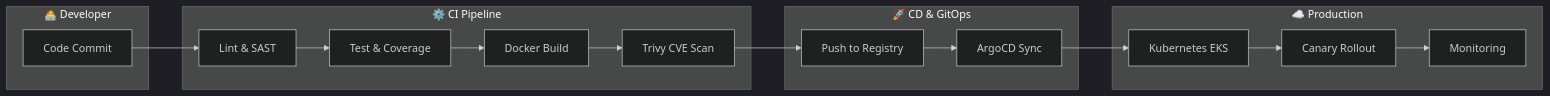
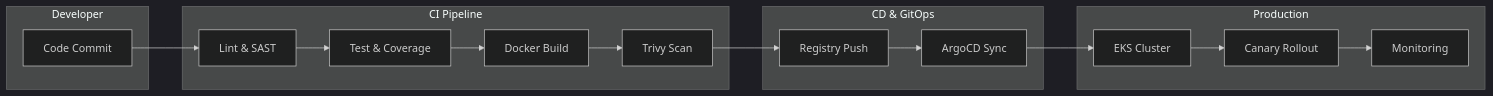
The first of 7 diagrams in README.md (Garvit7878/DevOps-Capstone-Project-), drawn with Mermaid (dark theme) before and after one commit. The commit also changed other lines of this file, not shown here.

Commit message:
Clean up Mermaid diagrams for better rendering

````diff
--- a/README.md
+++ b/README.md
@@ -52,24 +52,22 @@
 ```mermaid
 flowchart LR
-    subgraph DEV["🧑‍💻 Developer"]
-        A[Code Commit]
+    subgraph DEV["Developer"]
+        A["Code Commit"]
     end
 
-    subgraph CI["⚙️ CI Pipeline"]
-        B[Lint & SAST] --> C[Test & Coverage] --> D[Docker Build] --> E[Trivy CVE Scan]
+    subgraph CI["CI Pipeline"]
+        B["Lint & SAST"] --> C["Test & Coverage"] --> D["Docker Build"] --> E["Trivy Scan"]
     end
 
-    subgraph CD["🚀 CD & GitOps"]
-        F[Push to Registry] --> G[ArgoCD Sync]
+    subgraph CD["CD & GitOps"]
+        F["Registry Push"] --> G["ArgoCD Sync"]
     end
 
-    subgraph PROD["☁️ Production"]
-        H[Kubernetes EKS]
-        I[Canary Rollout]
-        J[Monitoring]
+    subgraph PROD["Production"]
+        H["EKS Cluster"] --> I["Canary Rollout"] --> J["Monitoring"]
     end
 
     A --> B
     E --> F
-    G --> H --> I --> J
+    G --> H
 ```
````
